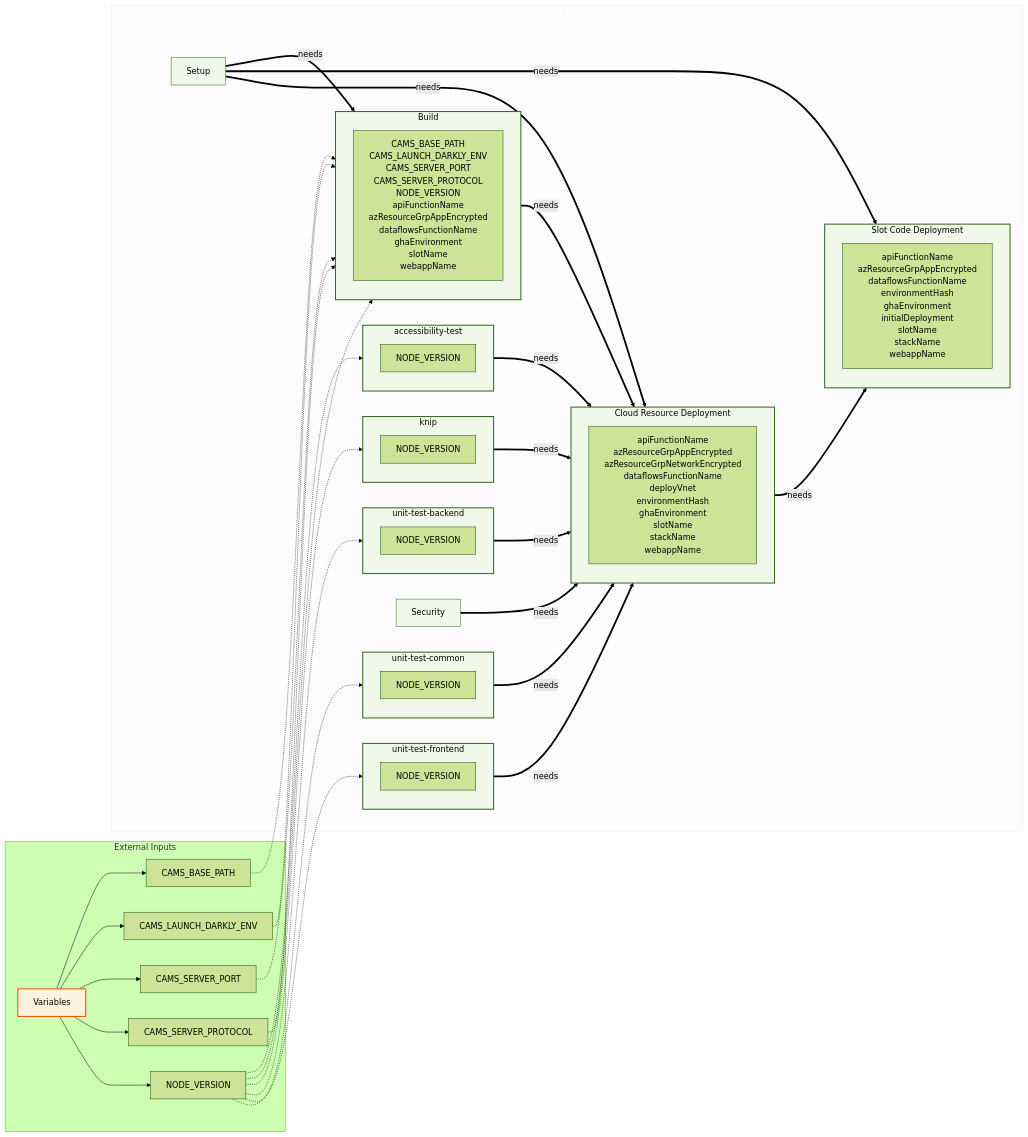
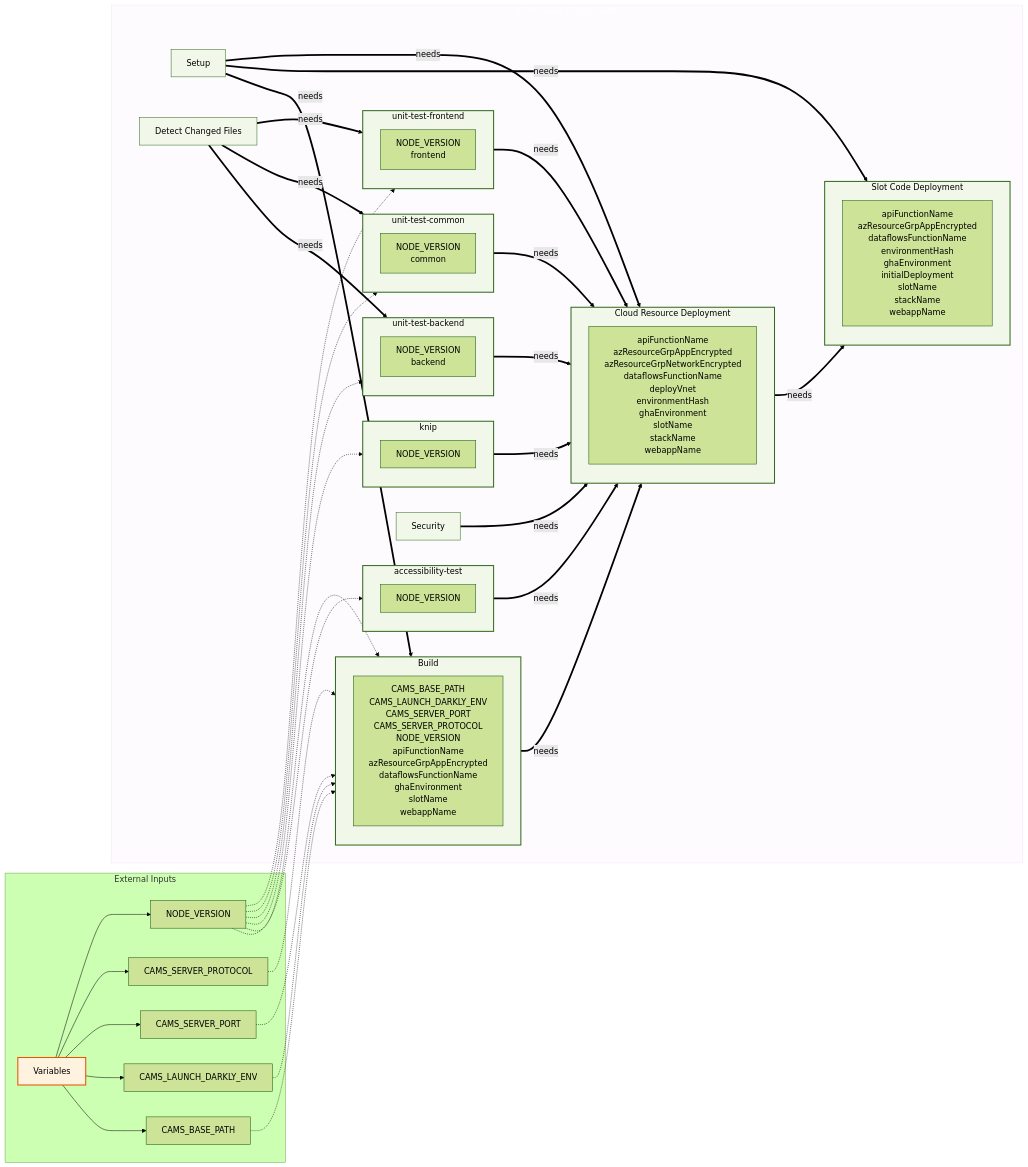
Before and after one commit to US-Trustee-Program/Bankruptcy-Oversight-Support-Systems: the seventh of 21 diagrams in docs/operations/workflow-diagram.md, drawn with Mermaid (forest theme). The commit also changed other lines of this file and 3 other files, not shown here.

```diff
--- a/docs/operations/workflow-diagram.md
+++ b/docs/operations/workflow-diagram.md
@@ -324,17 +294,18 @@
 
     subgraph continuous_deployment_workflow["Continuous Deployment"]
         setup["Setup"]
+        detect_changes["Detect Changed Files"]
         subgraph accessibility_test_subgraph["accessibility-test"]
             accessibility_test_vars["NODE_VERSION"]
         end
         subgraph unit_test_frontend_subgraph["unit-test-frontend"]
-            unit_test_frontend_vars["NODE_VERSION"]
+            unit_test_frontend_vars["NODE_VERSION<br/>frontend"]
         end
         subgraph unit_test_backend_subgraph["unit-test-backend"]
-            unit_test_backend_vars["NODE_VERSION"]
+            unit_test_backend_vars["NODE_VERSION<br/>backend"]
         end
         subgraph unit_test_common_subgraph["unit-test-common"]
-            unit_test_common_vars["NODE_VERSION"]
+            unit_test_common_vars["NODE_VERSION<br/>common"]
         end
         subgraph knip_subgraph["knip"]
             knip_vars["NODE_VERSION"]
@@ -369,6 +340,9 @@
     accessibility_test_subgraph ==>|"needs"| deploy_subgraph
     build_subgraph ==>|"needs"| deploy_subgraph
     deploy_subgraph ==>|"needs"| deploy_code_slot_subgraph
+    detect_changes ==>|"needs"| unit_test_backend_subgraph
+    detect_changes ==>|"needs"| unit_test_common_subgraph
+    detect_changes ==>|"needs"| unit_test_frontend_subgraph
     knip_subgraph ==>|"needs"| deploy_subgraph
     security_scan ==>|"needs"| deploy_subgraph
     setup ==>|"needs"| build_subgraph
@@ -388,6 +362,7 @@
     class build_subgraph jobSubgraph
     class deploy_subgraph jobSubgraph
     class deploy_code_slot_subgraph jobSubgraph
+    class detect_changes job
     class knip_subgraph jobSubgraph
     class security_scan job
     class setup job
```
